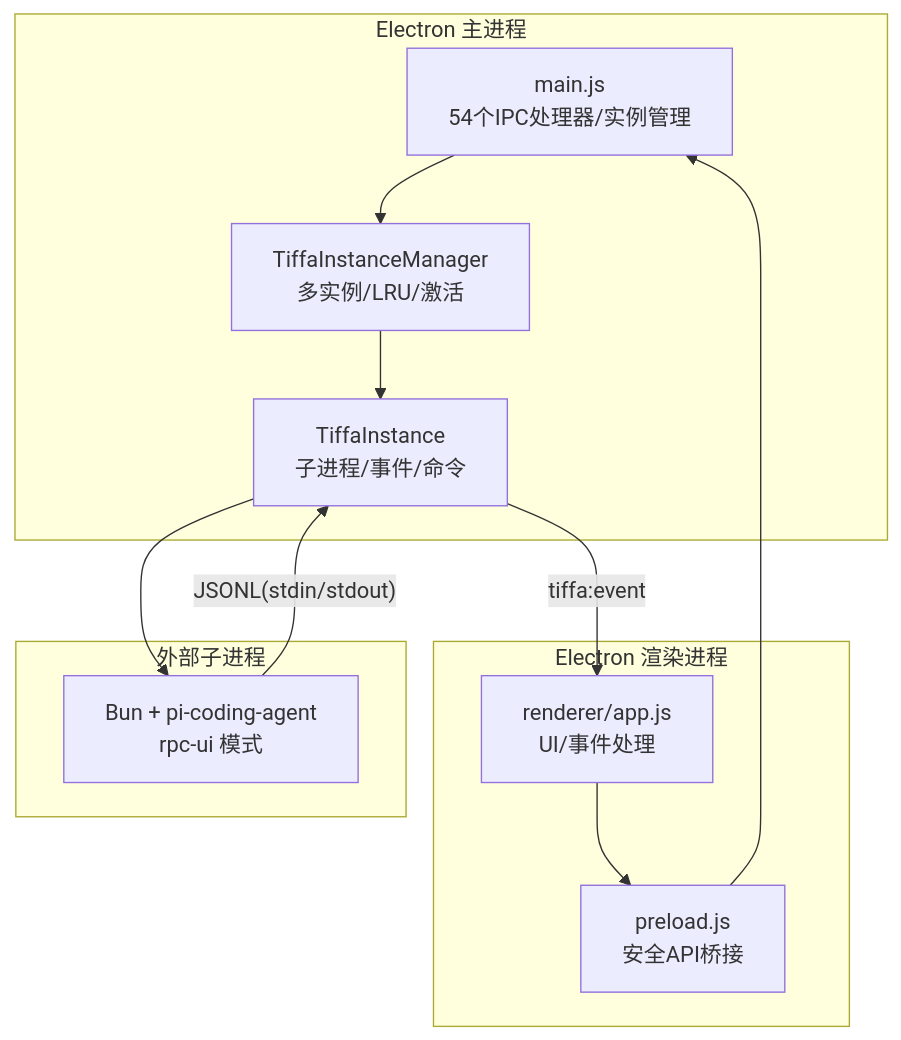
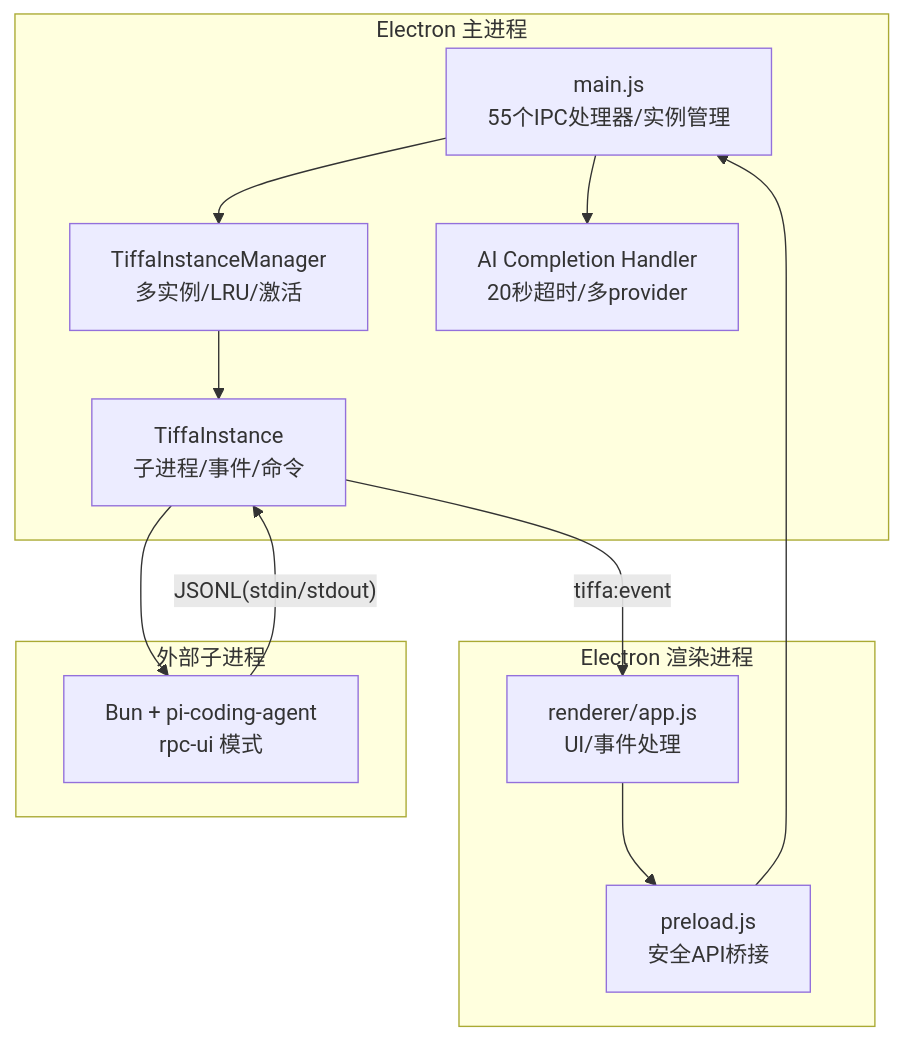
Before and after one commit to swond-Mao/Tiffa: the first of 3 diagrams in .qoder/repowiki/zh/content/API参考/IPC接口文档.md, drawn with Mermaid. The commit also changed other lines of this file and 17 other files, not shown here.

````diff
--- a/.qoder/repowiki/zh/content/API参考/IPC接口文档.md
+++ b/.qoder/repowiki/zh/content/API参考/IPC接口文档.md
@@ -39,22 +39,24 @@
 ```mermaid
 graph TB
 subgraph "Electron 主进程"
-MAIN["main.js<br/>54个IPC处理器/实例管理"]
+MAIN["main.js<br/>55个IPC处理器/实例管理"]
 MANAGER["TiffaInstanceManager<br/>多实例/LRU/激活"]
 INSTANCE["TiffaInstance<br/>子进程/事件/命令"]
+AI_HANDLER["AI Completion Handler<br/>20秒超时/多provider"]
 end
 subgraph "Electron 渲染进程"
 RENDERER["renderer/app.js<br/>UI/事件处理"]
 PRELOAD["preload.js<br/>安全API桥接"]
 end
 subgraph "外部子进程"
 TIFFA_CLI["Bun + pi-coding-agent<br/>rpc-ui 模式"]
 end
 RENDERER --> PRELOAD
 PRELOAD --> MAIN
 MAIN --> MANAGER
+MAIN --> AI_HANDLER
 MANAGER --> INSTANCE
 INSTANCE --> TIFFA_CLI
 TIFFA_CLI --"JSONL(stdin/stdout)" --> INSTANCE
 INSTANCE --"tiffa:event" --> RENDERER
 ```
````
